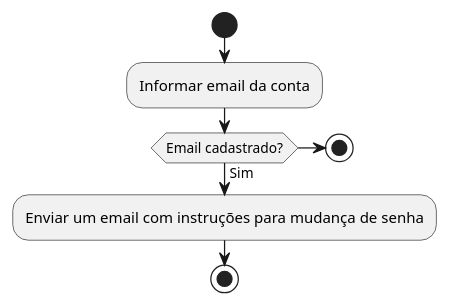
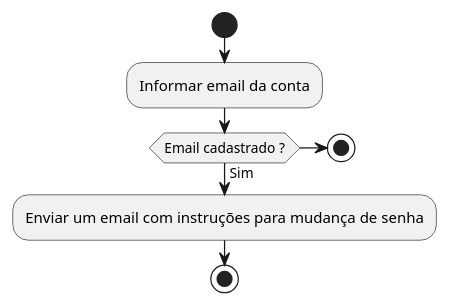
Before and after one commit to victoralvess/ineed-uml-diagrams: the diagram in recuperar-senha.wsd, drawn with PlantUML. The commit also changed 3 other files, not shown here.

```diff
--- a/recuperar-senha.wsd
+++ b/recuperar-senha.wsd
@@ -1,10 +1,10 @@
 @startuml
 start
         :Informar email da conta;
-        if (Email cadastrado?) then (Sim)
+        if (Email cadastrado ?) then (Sim)
         :Enviar um email com instruções para mudança de senha;
         else
         stop
         endif
         stop
 @enduml
```
